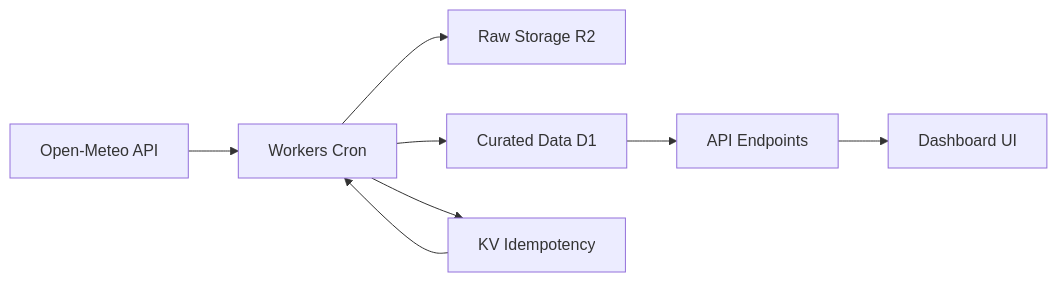
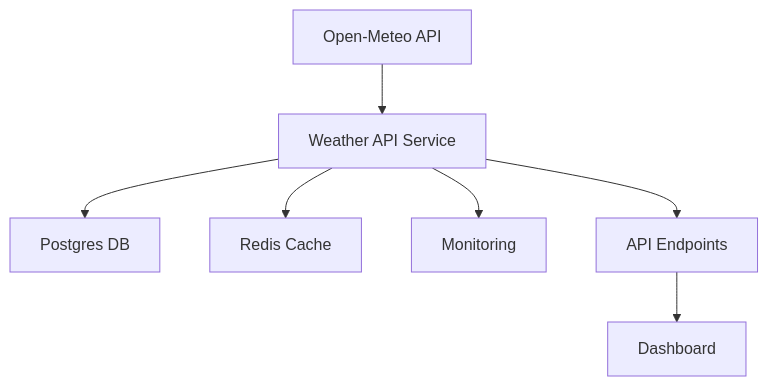
One commit to JGITSol/data_SC_ENG_AI_projects changed the diagram in data_engineering_0/README.md. Above: the diagram before and after it, drawn with Mermaid. The commit also changed other lines of this file and 42 other files, not shown here.

````diff
--- a/data_engineering_0/README.md
+++ b/data_engineering_0/README.md
@@ -62,10 +23,9 @@
 ```mermaid
-graph LR
-    A[Open-Meteo API] --> B[Workers Cron]
-    B --> C[Raw Storage R2]
-    B --> D[Curated Data D1]
-    B --> E[KV Idempotency]
-    D --> F[API Endpoints]
-    F --> G[Dashboard UI]
-    E --> B
+graph TD
+    A[Open-Meteo API] --> B[Weather API Service]
+    B --> C[Postgres DB]
+    B --> D[Redis Cache]
+    B --> E[Monitoring]
+    B --> F[API Endpoints]
+    F --> G[Dashboard]
 ```
````
